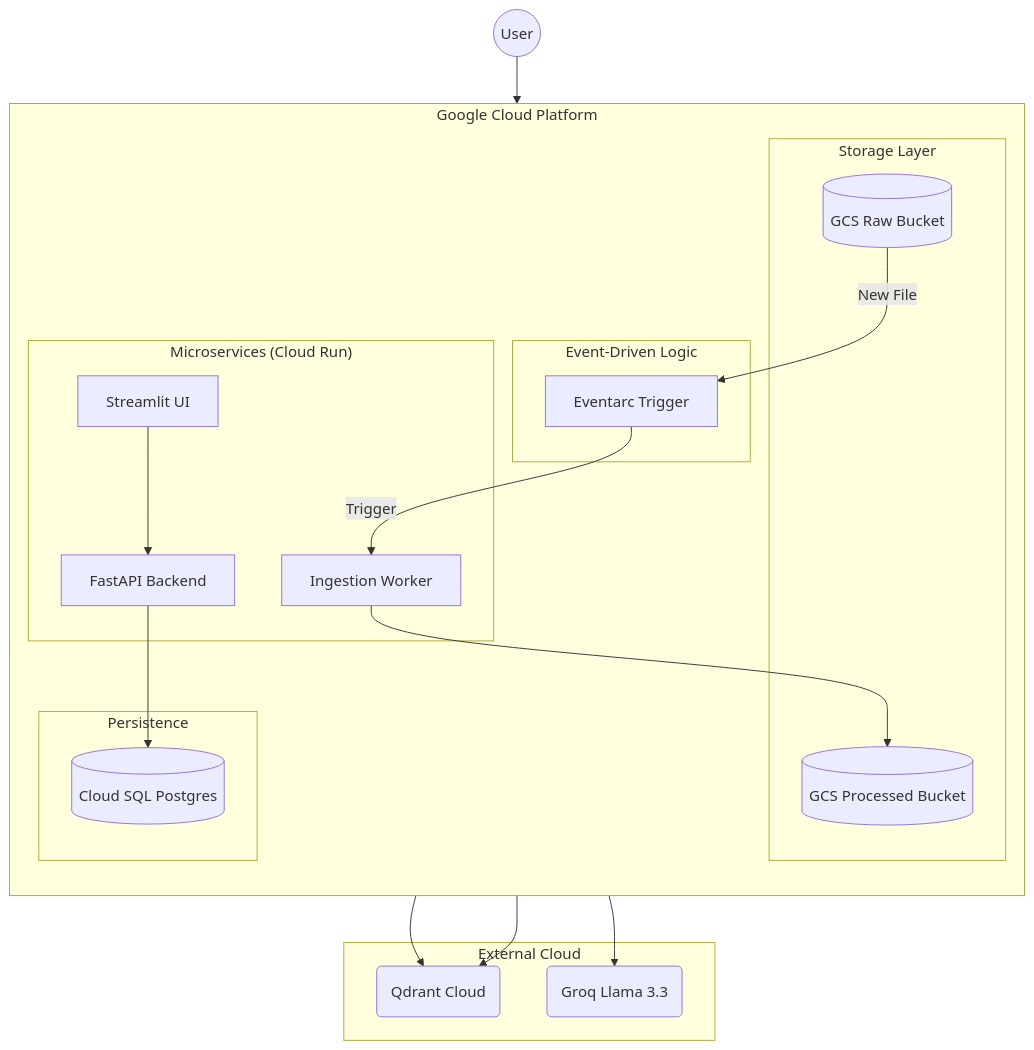
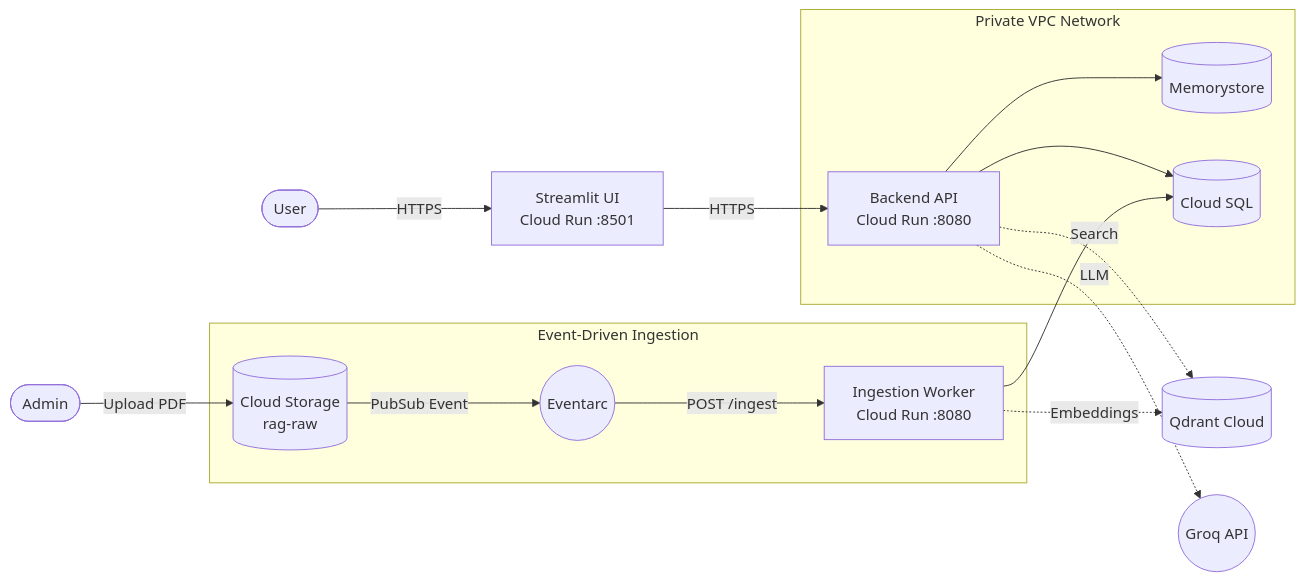
The second of 2 diagrams in readme.md (d-hackmt/rag-scale-test), drawn with Mermaid before and after one commit. The commit also changed other lines of this file and 30 other files, not shown here.

````diff
--- a/readme.md
+++ b/readme.md
@@ -11,41 +46,22 @@
 ```mermaid
-graph TD
-    subgraph "External Cloud"
-        Q(Qdrant Cloud)
-        G(Groq Llama 3.3)
+graph LR
+    User([User]) -->|HTTPS| UI[Streamlit UI<br/>Cloud Run :8501]
+    UI -->|HTTPS| API[Backend API<br/>Cloud Run :8080]
+    
+    Admin([Admin]) -->|Upload PDF| GCS[(Cloud Storage<br/>rag-raw)]
+    
+    subgraph "Event-Driven Ingestion"
+        GCS -->|PubSub Event| Eventarc((Eventarc))
+        Eventarc -->|POST /ingest| Ingest[Ingestion Worker<br/>Cloud Run :8080]
     end
-
-    subgraph "Google Cloud Platform"
-        direction TB
-        
-        subgraph "Storage Layer"
-            RB[(GCS Raw Bucket)]
-            PB[(GCS Processed Bucket)]
-        end
-
-        subgraph "Microservices (Cloud Run)"
-            UI[Streamlit UI]
-            API[FastAPI Backend]
-            WORKER[Ingestion Worker]
-        end
-
-        subgraph "Persistence"
-            DB[(Cloud SQL Postgres)]
-        end
-
-        subgraph "Event-Driven Logic"
-            EV[Eventarc Trigger]
-        end
+    
+    subgraph "Private VPC Network"
+        API --> Redis[(Memorystore)]
+        API --> Postgres[(Cloud SQL)]
+        Ingest --> Postgres
     end
-
-    User((User)) --> UI
-    UI --> API
-    API --> Q
-    API --> G
-    API --> DB
-
-    RB -- "New File" --> EV
-    EV -- "Trigger" --> WORKER
-    WORKER --> PB
-    WORKER --> Q
+    
+    Ingest -.->|Embeddings| Qdrant[(Qdrant Cloud)]
+    API -.->|Search| Qdrant
+    API -.->|LLM| Groq((Groq API))
 ```
````
